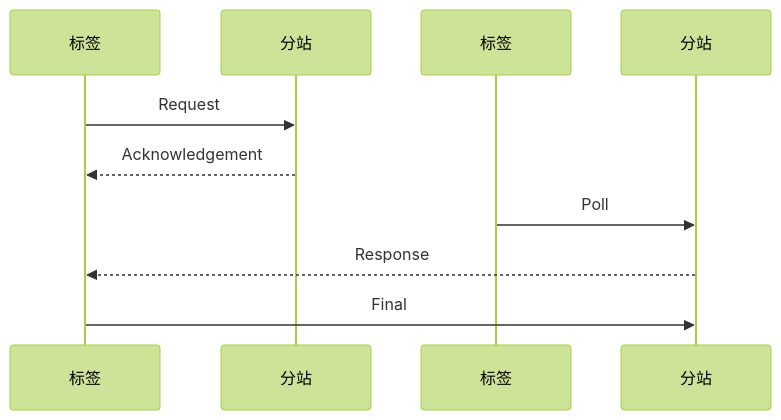
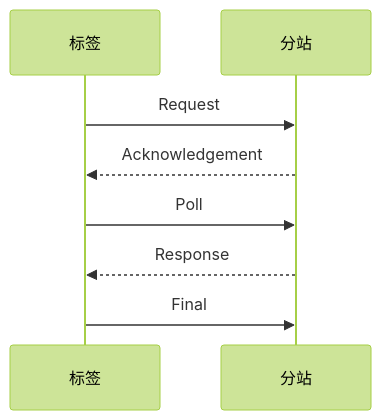
Before and after one commit to geek-zhao/iodraw-files: the diagram in all/未命名.md, drawn with Mermaid (forest theme).

Commit message:
2024-08-17 14:01:45 update

````diff
--- a/all/未命名.md
+++ b/all/未命名.md
@@ -1,11 +1,11 @@
 ```mermaid
 sequenceDiagram
     participant tag as 标签
     participant anchor as 分站
     tag->>anchor: Request
     anchor-->>tag: Acknowledgement
-    标签->>分站: Poll
-    分站-->>tag: Response
-    tag->>分站: Final       
+    tag->>anchor: Poll
+    anchor-->>tag: Response
+    tag->>anchor: Final       
 
 ```
````
